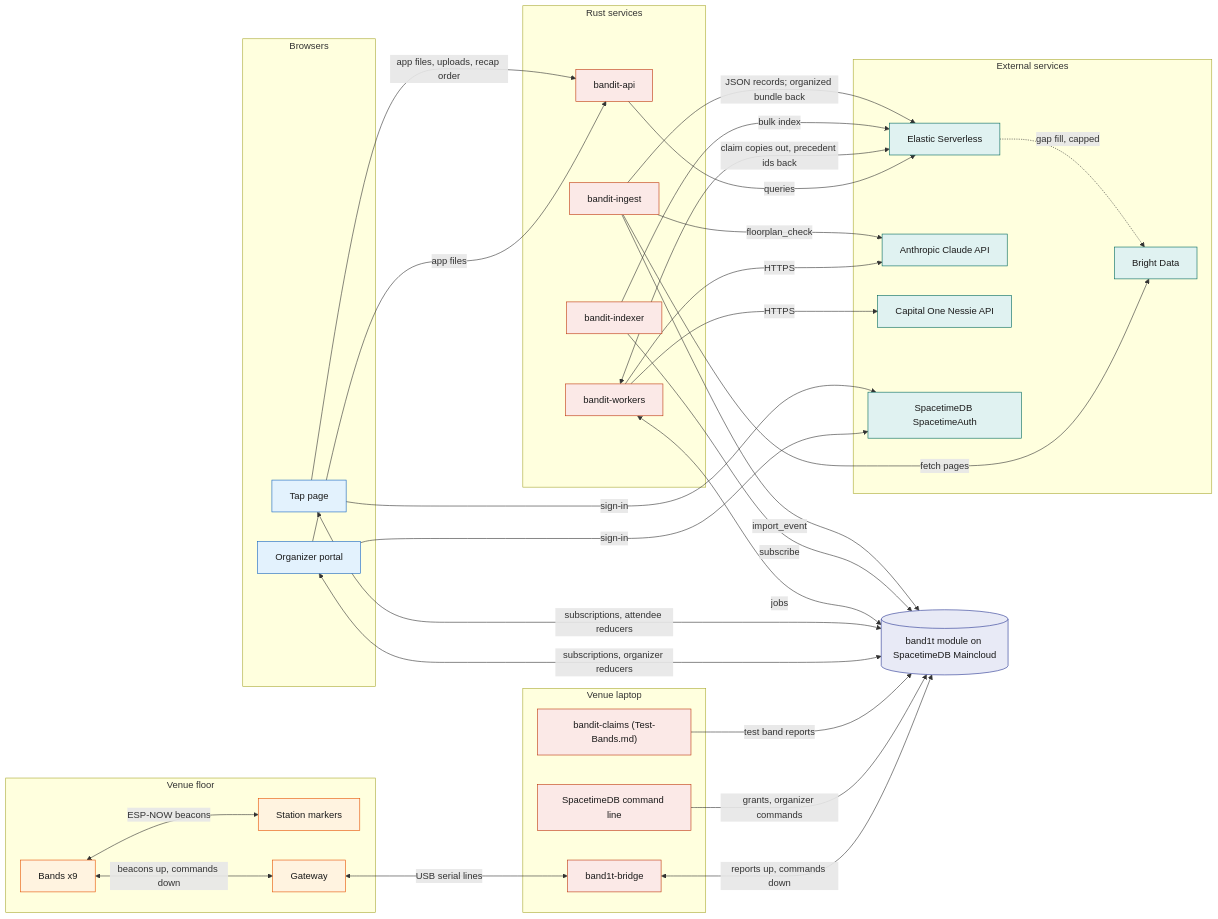
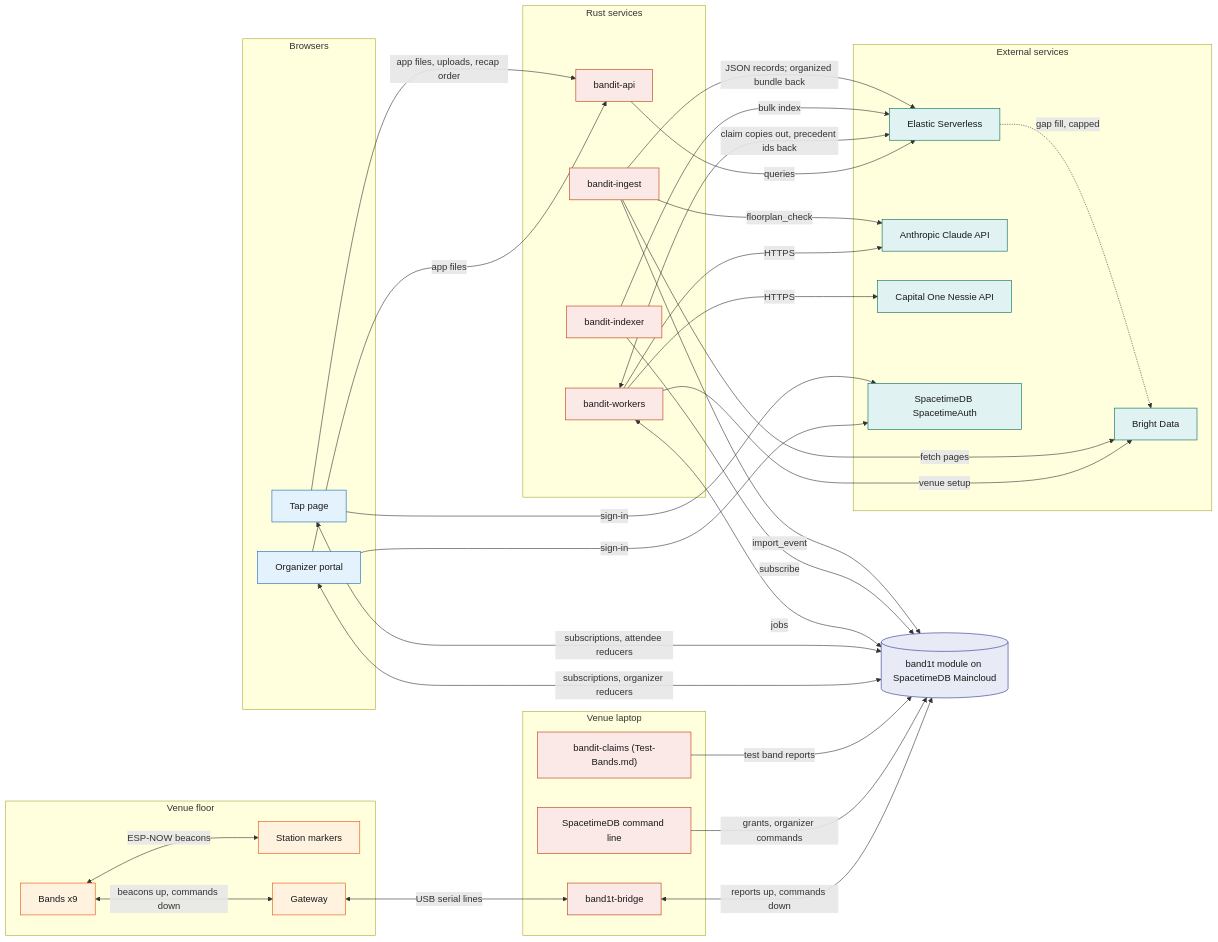
Before and after one commit to viktorinkov/cal-hacks-13: the second of 5 diagrams in System Design/1-overview/Architecture.md, drawn with Mermaid. The commit also changed other lines of this file and 7 other files, not shown here.

Commit message:
system design: venue setup and Elastic's jobs

````diff
--- a/System Design/1-overview/Architecture.md
+++ b/System Design/1-overview/Architecture.md
@@ -100,67 +101,68 @@
 ```mermaid
 flowchart LR
   subgraph Venue["Venue floor"]
     Bands["Bands x9"]
     StationMarkers["Station markers"]
     Gateway["Gateway"]
   end
   subgraph Laptop["Venue laptop"]
     Bridge["band1t-bridge"]
     CLI["SpacetimeDB command line"]
     Sim["bandit-claims (Test-Bands.md)"]
   end
   STDB[("band1t module on SpacetimeDB Maincloud")]
   subgraph Apps["Browsers"]
     Portal["Organizer portal"]
     App["Tap page"]
   end
   subgraph Services["Rust services"]
     API["bandit-api"]
     Workers["bandit-workers"]
     Indexer["bandit-indexer"]
     Ingest["bandit-ingest"]
   end
   subgraph SaaS["External services"]
     Elastic["Elastic Serverless"]
     AnthropicAPI["Anthropic Claude API"]
     NessieAPI["Capital One Nessie API"]
     Bright["Bright Data"]
     Auth["SpacetimeDB SpacetimeAuth"]
   end
 
   Bands <-->|"ESP-NOW beacons"| StationMarkers
   Bands <-->|"beacons up, commands down"| Gateway
   Gateway <-->|"USB serial lines"| Bridge
   Bridge <-->|"reports up, commands down"| STDB
   CLI -->|"grants, organizer commands"| STDB
   Sim -->|"test band reports"| STDB
   Portal <-->|"subscriptions, organizer reducers"| STDB
   App <-->|"subscriptions, attendee reducers"| STDB
   Portal -->|"app files"| API
   App -->|"app files, uploads, recap order"| API
   Portal -->|"sign-in"| Auth
   App -->|"sign-in"| Auth
   API -->|"queries"| Elastic
   Workers <-->|"jobs"| STDB
   Workers -->|"HTTPS"| AnthropicAPI
   Workers -->|"HTTPS"| NessieAPI
+  Workers -->|"venue setup"| Bright
   Workers <-->|"claim copies out, precedent ids back"| Elastic
   Indexer -->|"subscribe"| STDB
   Indexer -->|"bulk index"| Elastic
   Ingest -->|"fetch pages"| Bright
   Ingest -->|"floorplan_check"| AnthropicAPI
   Ingest -->|"JSON records; organized bundle back"| Elastic
   Elastic -.->|"gap fill, capped"| Bright
   Ingest -->|"import_event"| STDB
 
   classDef device fill:#FFF3E0,stroke:#E65100,color:#1A1A1A
   classDef rust fill:#FBE9E7,stroke:#BF360C,color:#1A1A1A
   classDef stdb fill:#E8EAF6,stroke:#283593,color:#1A1A1A
   classDef web fill:#E3F2FD,stroke:#1565C0,color:#1A1A1A
   classDef ext fill:#E0F2F1,stroke:#00695C,color:#1A1A1A
   class Bands,StationMarkers,Gateway device
   class Bridge,CLI,Sim,API,Workers,Indexer,Ingest rust
   class STDB stdb
   class Portal,App web
   class Elastic,AnthropicAPI,NessieAPI,Bright,Auth ext
 ```
````
